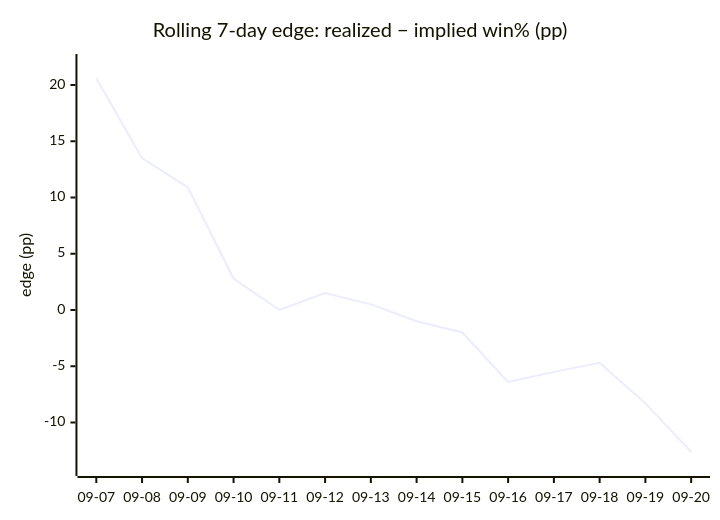
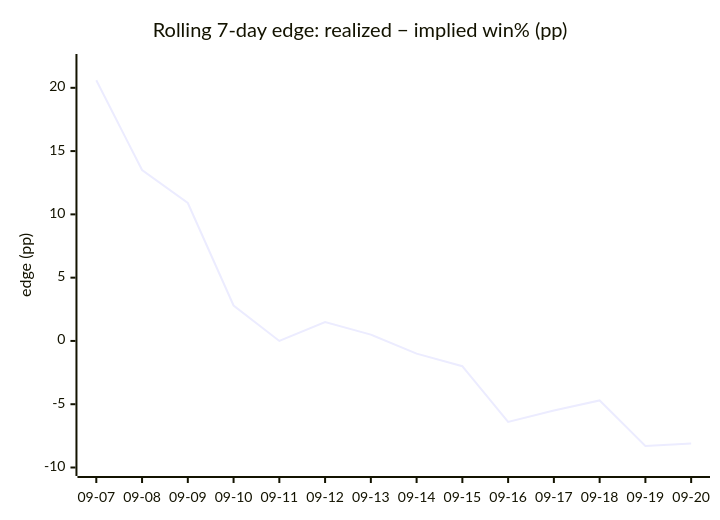
The fourth of 4 diagrams in DAILY_AGSU_REPORT.md (dpk1212/nhl-savant), drawn with Mermaid before and after one commit. The commit also changed other lines of this file, not shown here.

````diff
--- a/DAILY_AGSU_REPORT.md
+++ b/DAILY_AGSU_REPORT.md
@@ -872,7 +868,7 @@
 ```mermaid
 xychart-beta
     title "Rolling 7-day edge: realized − implied win% (pp)"
     x-axis ["09-07", "09-08", "09-09", "09-10", "09-11", "09-12", "09-13", "09-14", "09-15", "09-16", "09-17", "09-18", "09-19", "09-20"]
-    y-axis "edge (pp)" -14 --> 22
-    line [20.6, 13.5, 10.9, 2.8, 0, 1.5, 0.5, -1, -2, -6.4, -5.5, -4.7, -8.3, -12.6]
+    y-axis "edge (pp)" -10 --> 22
+    line [20.6, 13.5, 10.9, 2.8, 0, 1.5, 0.5, -1, -2, -6.4, -5.5, -4.7, -8.3, -8.1]
 ```
````
